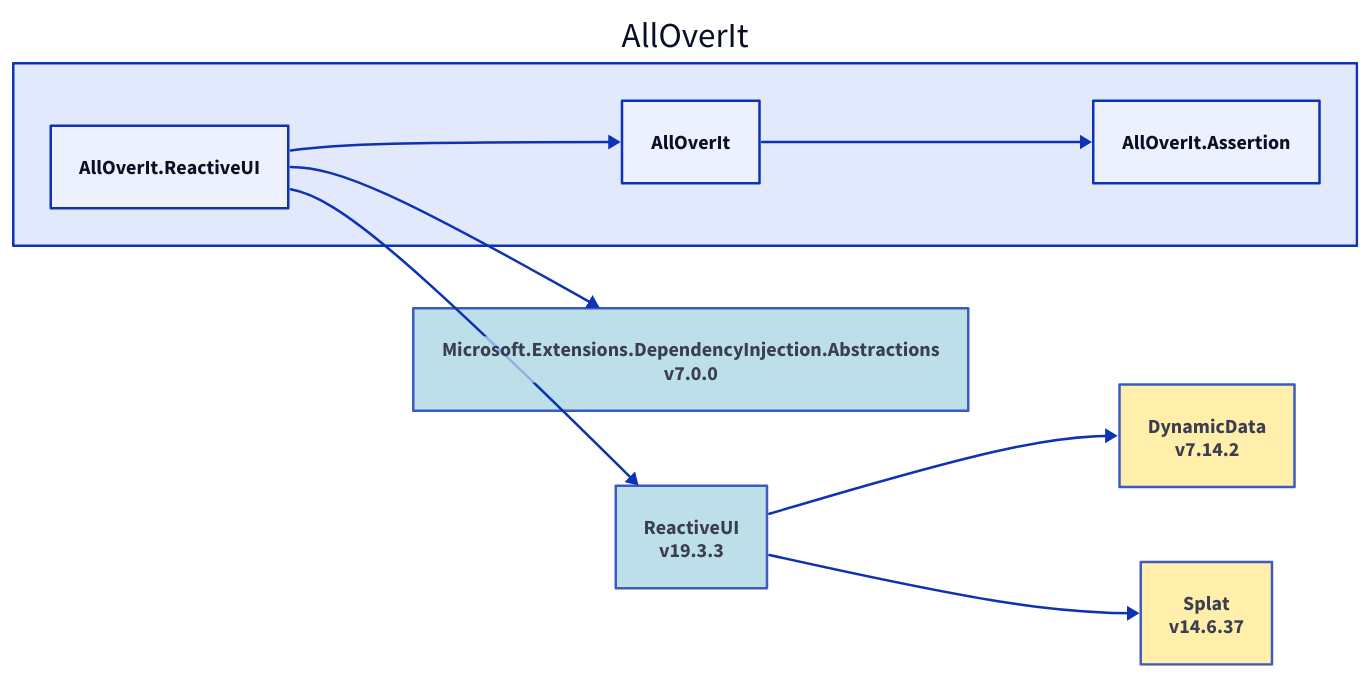
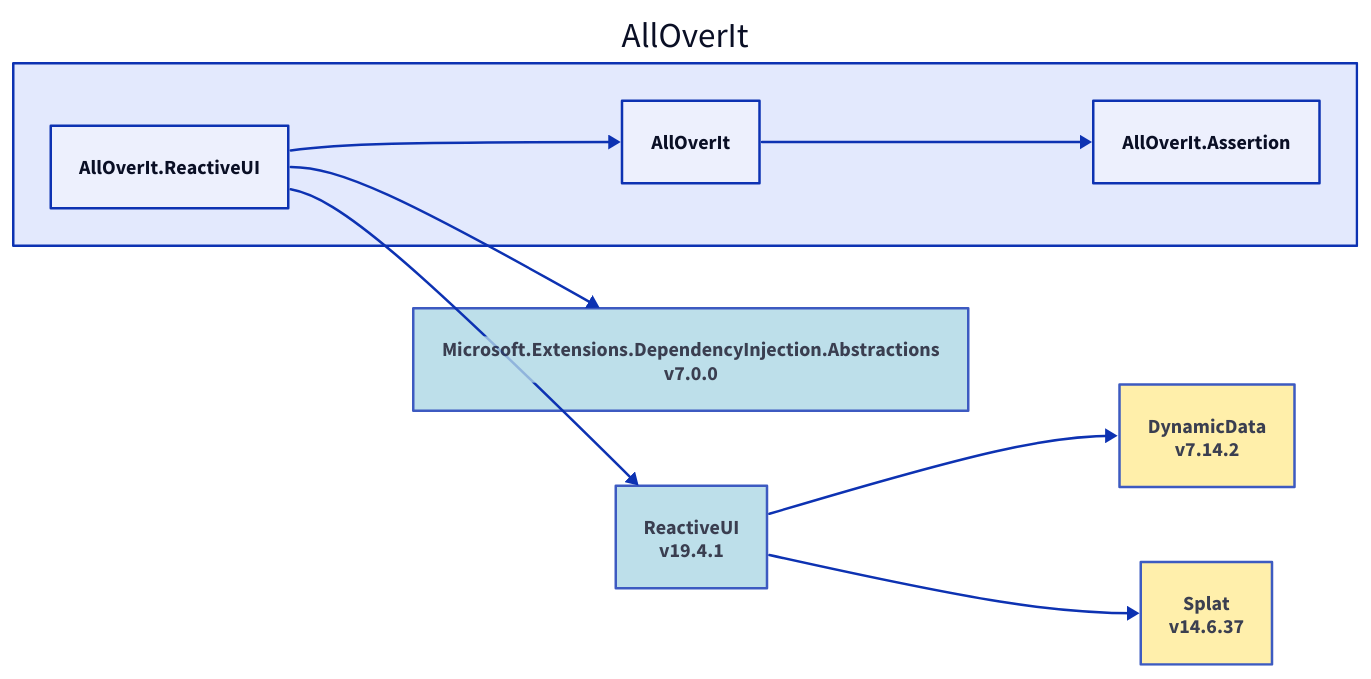
The diagram in Docs/Dependencies/alloverit-reactiveui.d2 (nickathone/AllOverIt), drawn with D2 before and after one commit. The commit also changed 12 other files, not shown here.

Commit message:
Diagram updates

```diff
--- a/Docs/Dependencies/alloverit-reactiveui.d2
+++ b/Docs/Dependencies/alloverit-reactiveui.d2
@@ -1,24 +1,24 @@
 direction: right
 
 aoi: AllOverIt
 aoi.alloverit-reactiveui: AllOverIt.ReactiveUI
 microsoft-extensions-dependencyinjection-abstractions_7-0-0: Microsoft.Extensions.DependencyInjection.Abstractions\nv7.0.0
 microsoft-extensions-dependencyinjection-abstractions_7-0-0.style.fill: "#ADD8E6"
 microsoft-extensions-dependencyinjection-abstractions_7-0-0.style.opacity: 0.8
 microsoft-extensions-dependencyinjection-abstractions_7-0-0 <- aoi.alloverit-reactiveui
-reactiveui_19-3-3: ReactiveUI\nv19.3.3
-reactiveui_19-3-3.style.fill: "#ADD8E6"
-reactiveui_19-3-3.style.opacity: 0.8
+reactiveui_19-4-1: ReactiveUI\nv19.4.1
+reactiveui_19-4-1.style.fill: "#ADD8E6"
+reactiveui_19-4-1.style.opacity: 0.8
 dynamicdata_7-14-2: DynamicData\nv7.14.2
 dynamicdata_7-14-2.style.fill: "#FFEC96"
 dynamicdata_7-14-2.style.opacity: 0.8
-dynamicdata_7-14-2 <- reactiveui_19-3-3
+dynamicdata_7-14-2 <- reactiveui_19-4-1
 splat_14-6-37: Splat\nv14.6.37
 splat_14-6-37.style.fill: "#FFEC96"
 splat_14-6-37.style.opacity: 0.8
-splat_14-6-37 <- reactiveui_19-3-3
-reactiveui_19-3-3 <- aoi.alloverit-reactiveui
+splat_14-6-37 <- reactiveui_19-4-1
+reactiveui_19-4-1 <- aoi.alloverit-reactiveui
 aoi.alloverit: AllOverIt
 aoi.alloverit-assertion: AllOverIt.Assertion
 aoi.alloverit-assertion <- aoi.alloverit
 aoi.alloverit <- aoi.alloverit-reactiveui
```
